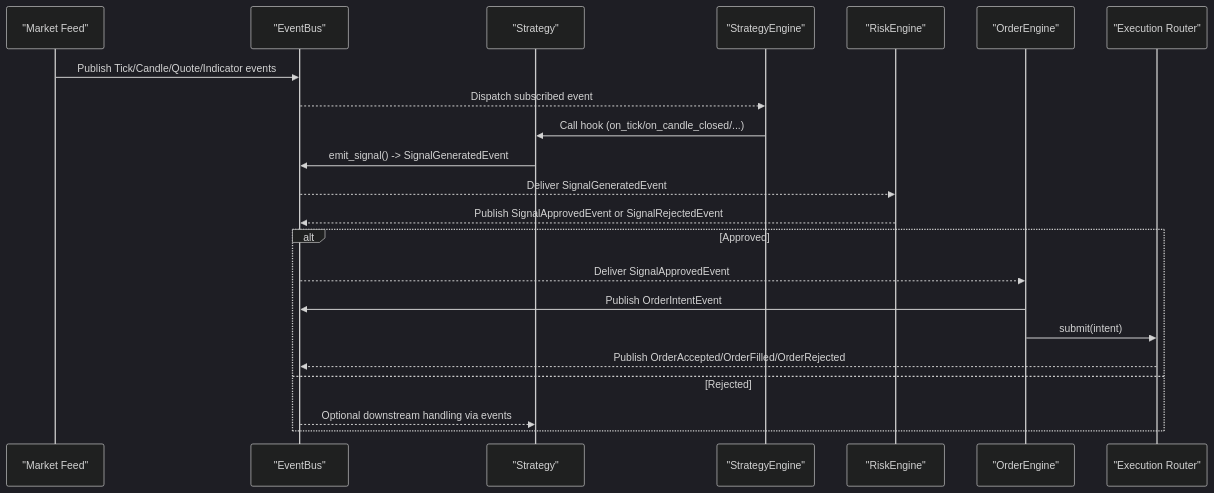
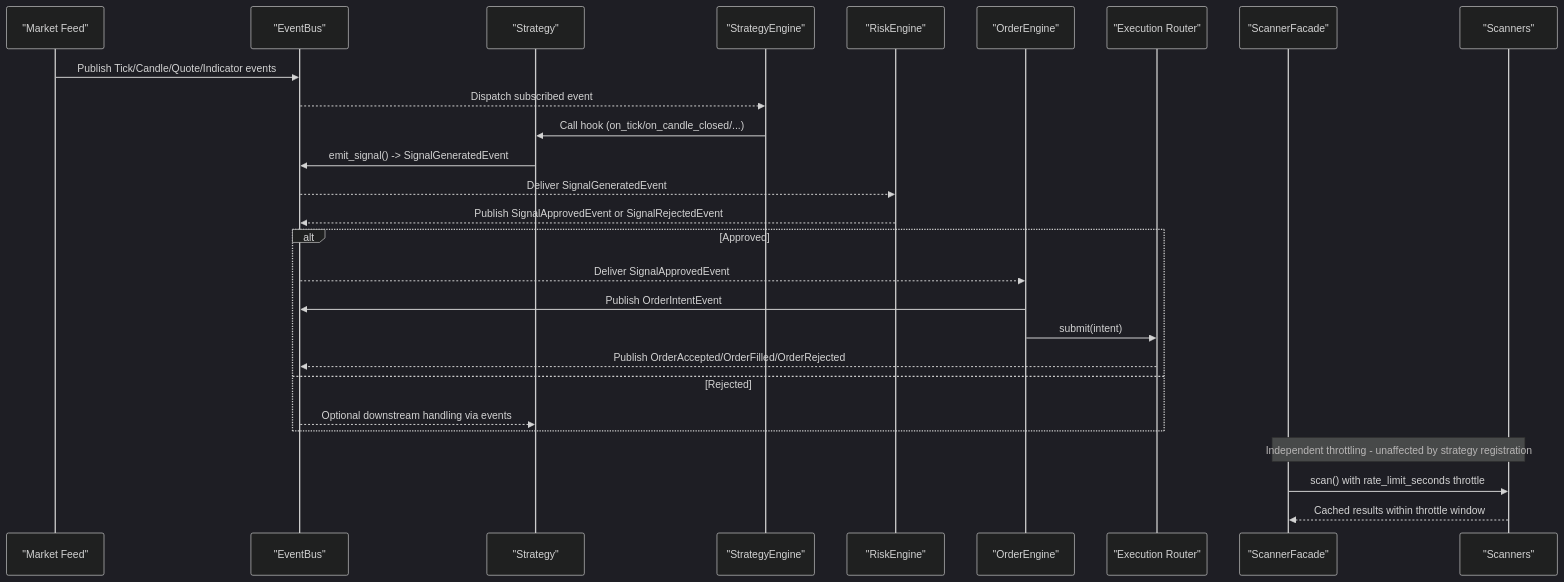
The second of 11 diagrams in .qoder/repowiki/en/content/Engine Stack/Strategy Engine.md (Ganesh-Kusundal/nTrade), drawn with Mermaid (dark theme) before and after one commit. The commit also changed other lines of this file and 331 other files, not shown here.

````diff
--- a/.qoder/repowiki/en/content/Engine Stack/Strategy Engine.md
+++ b/.qoder/repowiki/en/content/Engine Stack/Strategy Engine.md
@@ -132,24 +160,29 @@
 ```mermaid
 sequenceDiagram
 participant Feed as "Market Feed"
 participant Bus as "EventBus"
 participant Strat as "Strategy"
 participant Eng as "StrategyEngine"
 participant Risk as "RiskEngine"
 participant OMS as "OrderEngine"
 participant Router as "Execution Router"
+participant Facade as "ScannerFacade"
+participant Scan as "Scanners"
 Feed->>Bus : Publish Tick/Candle/Quote/Indicator events
 Bus-->>Eng : Dispatch subscribed event
 Eng->>Strat : Call hook (on_tick/on_candle_closed/...)
 Strat->>Bus : emit_signal() -> SignalGeneratedEvent
 Bus-->>Risk : Deliver SignalGeneratedEvent
 Risk-->>Bus : Publish SignalApprovedEvent or SignalRejectedEvent
 alt Approved
 Bus-->>OMS : Deliver SignalApprovedEvent
 OMS->>Bus : Publish OrderIntentEvent
 OMS->>Router : submit(intent)
 Router-->>Bus : Publish OrderAccepted/OrderFilled/OrderRejected
 else Rejected
 Bus-->>Strat : Optional downstream handling via events
 end
+Note over Facade,Scan : Independent throttling - unaffected by strategy registration
+Facade->>Scan : scan() with rate_limit_seconds throttle
+Scan-->>Facade : Cached results within throttle window
 ```
````
